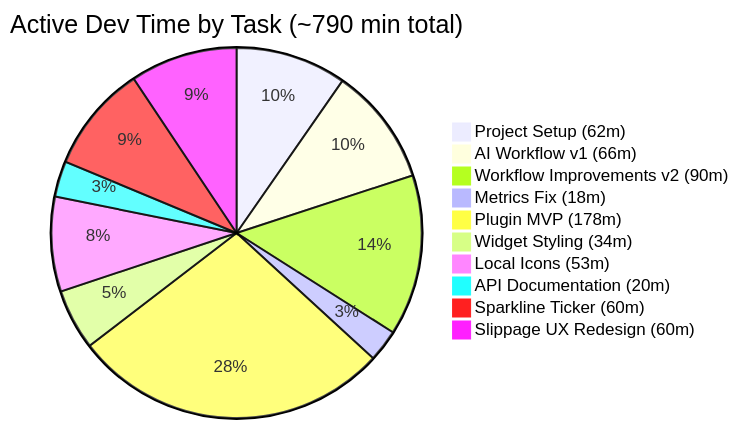
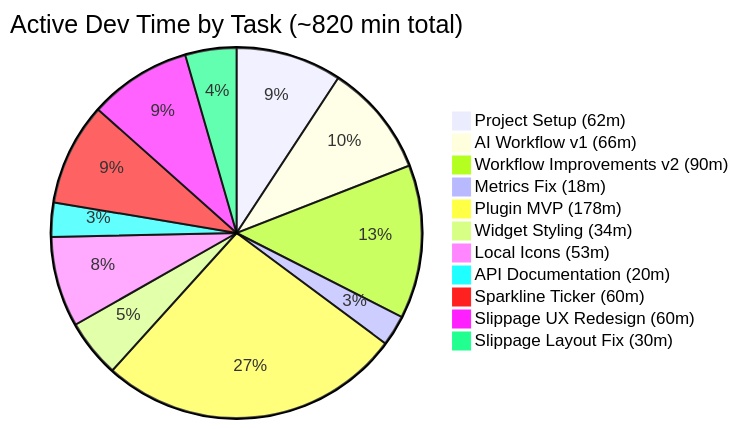
The first of 7 diagrams in README.md (atlantdak/claude-code-hackathon-xbo-market-kit), drawn with Mermaid before and after one commit. The commit also changed other lines of this file and 2 other files, not shown here.

First line of the commit message:
docs: update worklog, metrics, and README for slippage layout fix

````diff
--- a/README.md
+++ b/README.md
@@ -58,13 +58,14 @@
 ```mermaid
-pie title Active Dev Time by Task (~790 min total)
+pie title Active Dev Time by Task (~820 min total)
     "Project Setup (62m)" : 62
     "AI Workflow v1 (66m)" : 66
     "Workflow Improvements v2 (90m)" : 90
     "Metrics Fix (18m)" : 18
     "Plugin MVP (178m)" : 178
     "Widget Styling (34m)" : 34
     "Local Icons (53m)" : 53
     "API Documentation (20m)" : 20
     "Sparkline Ticker (60m)" : 60
     "Slippage UX Redesign (60m)" : 60
+    "Slippage Layout Fix (30m)" : 30
 ```
````
